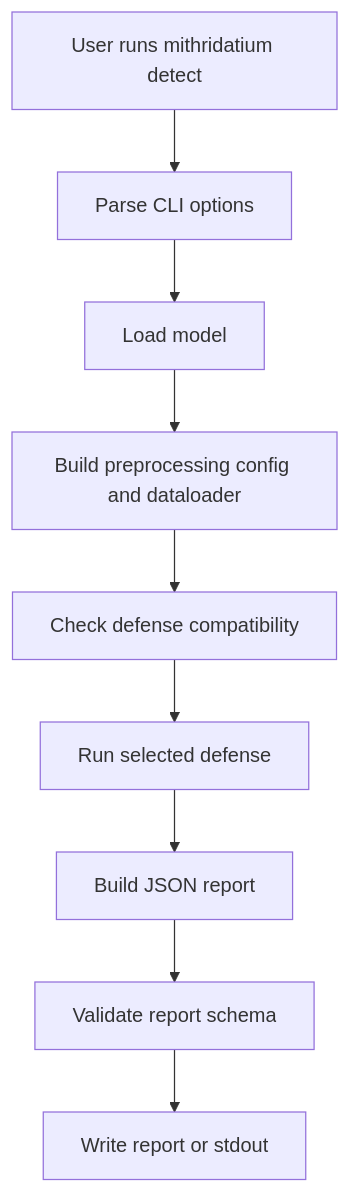
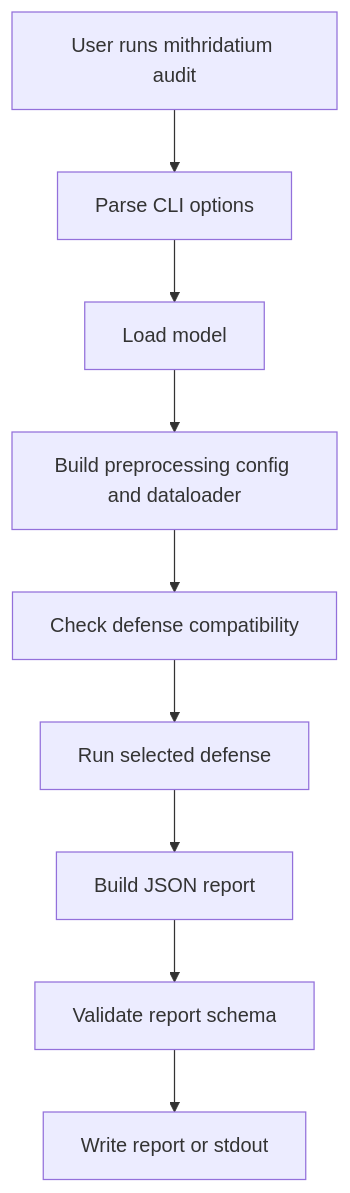
The diagram in docs/architecture/overview.md (oss-slu/mithridatium), drawn with Mermaid before and after one commit. The commit also changed other lines of this file and 24 other files, not shown here.

Commit message:
added detect to audit refactor

````diff
--- a/docs/architecture/overview.md
+++ b/docs/architecture/overview.md
@@ -5,11 +5,11 @@
 ```mermaid
 flowchart TD
-    A[User runs mithridatium detect] --> B[Parse CLI options]
+    A[User runs mithridatium audit] --> B[Parse CLI options]
     B --> C[Load model]
     C --> D[Build preprocessing config and dataloader]
     D --> E[Check defense compatibility]
     E --> F[Run selected defense]
     F --> G[Build JSON report]
     G --> H[Validate report schema]
     H --> I[Write report or stdout]
 ```
````
